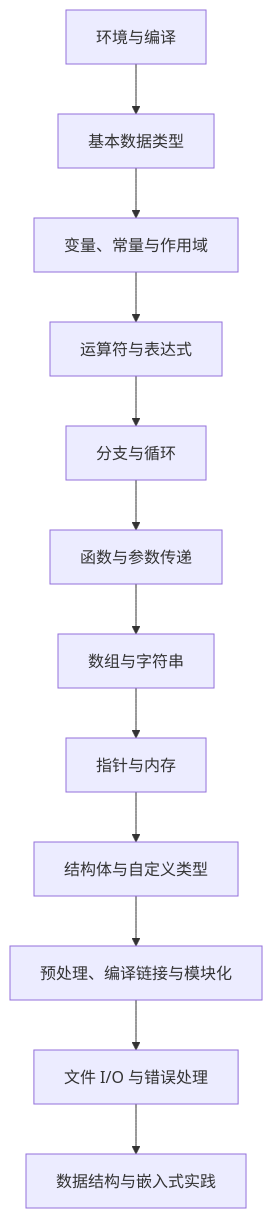
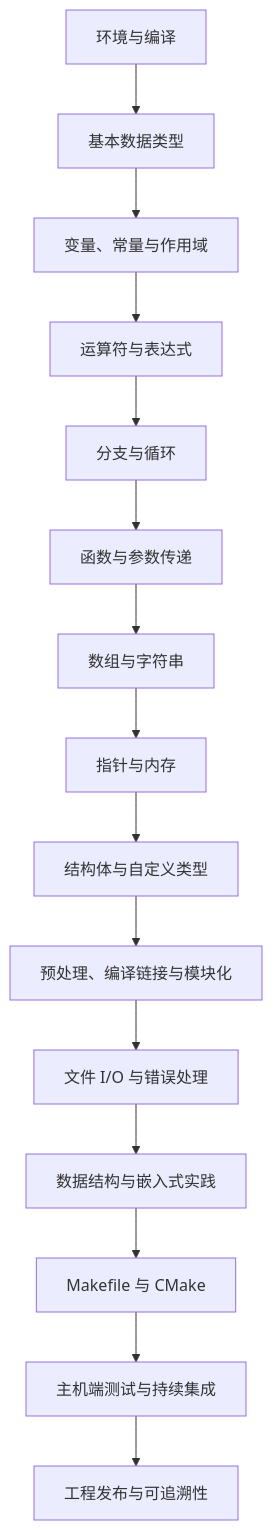
One commit to ilikui/C changed the first of 2 diagrams in Doc/细致小节/README.md. Above: the diagram before and after it, drawn with Mermaid.

Commit message:
docs: extend Mermaid learning path through build and release

````diff
--- a/Doc/细致小节/README.md
+++ b/Doc/细致小节/README.md
@@ -7,14 +7,17 @@
 ```mermaid
 flowchart TD
     A["环境与编译"] --> B["基本数据类型"]
     B --> C["变量、常量与作用域"]
     C --> D["运算符与表达式"]
     D --> E["分支与循环"]
     E --> F["函数与参数传递"]
     F --> G["数组与字符串"]
     G --> H["指针与内存"]
     H --> I["结构体与自定义类型"]
     I --> J["预处理、编译链接与模块化"]
     J --> K["文件 I/O 与错误处理"]
     K --> L["数据结构与嵌入式实践"]
+    L --> M["Makefile 与 CMake"]
+    M --> N["主机端测试与持续集成"]
+    N --> O["工程发布与可追溯性"]
 ```
````
